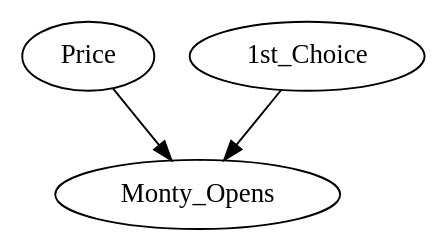
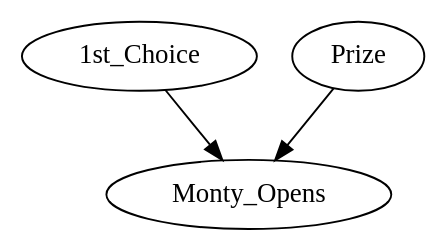
Before and after one commit to artiste-qb-net/quantum-fog: the diagram in examples_cbnets/Monty_Hall.dot, drawn with Graphviz. The commit also changed 95 other files, not shown here.

```diff
--- a/examples_cbnets/Monty_Hall.dot
+++ b/examples_cbnets/Monty_Hall.dot
@@ -1,7 +1,7 @@
-strict digraph G {
-Price;
+strict digraph "" {
 Monty_Opens;
 "1st_Choice";
-Price -> Monty_Opens;
+Prize;
 "1st_Choice" -> Monty_Opens;
+Prize -> Monty_Opens;
 }
```
